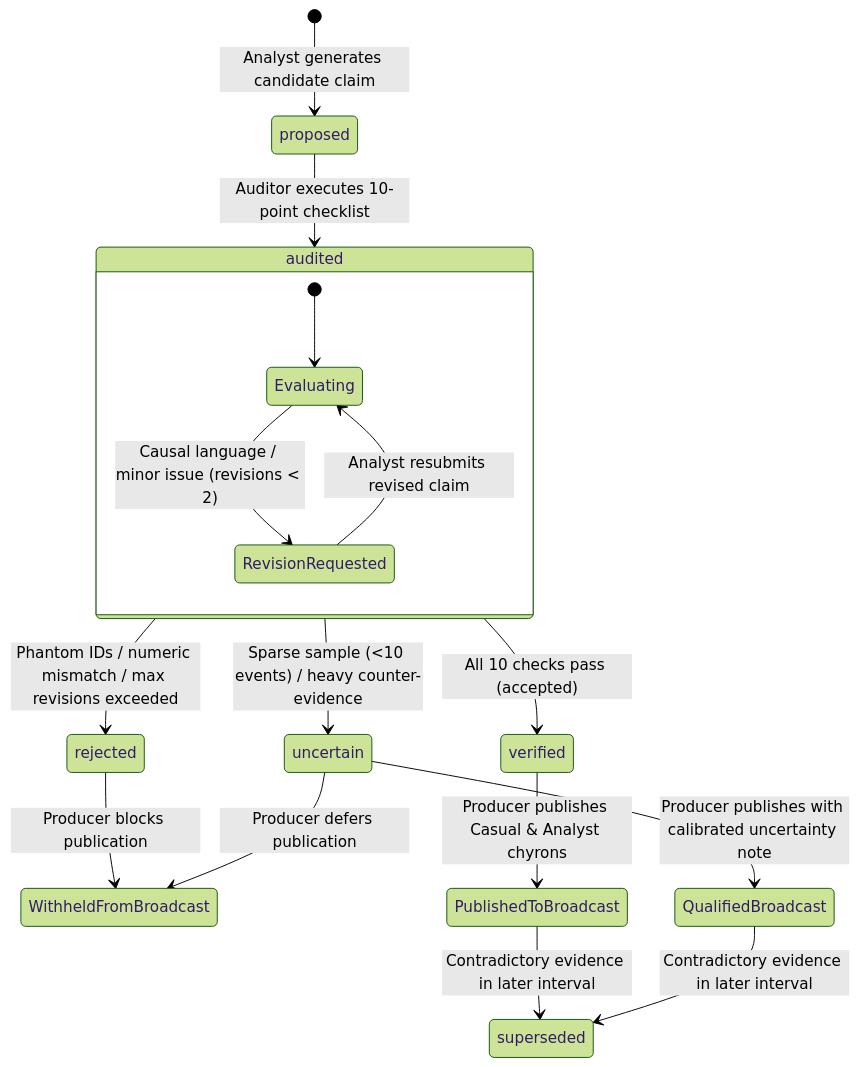
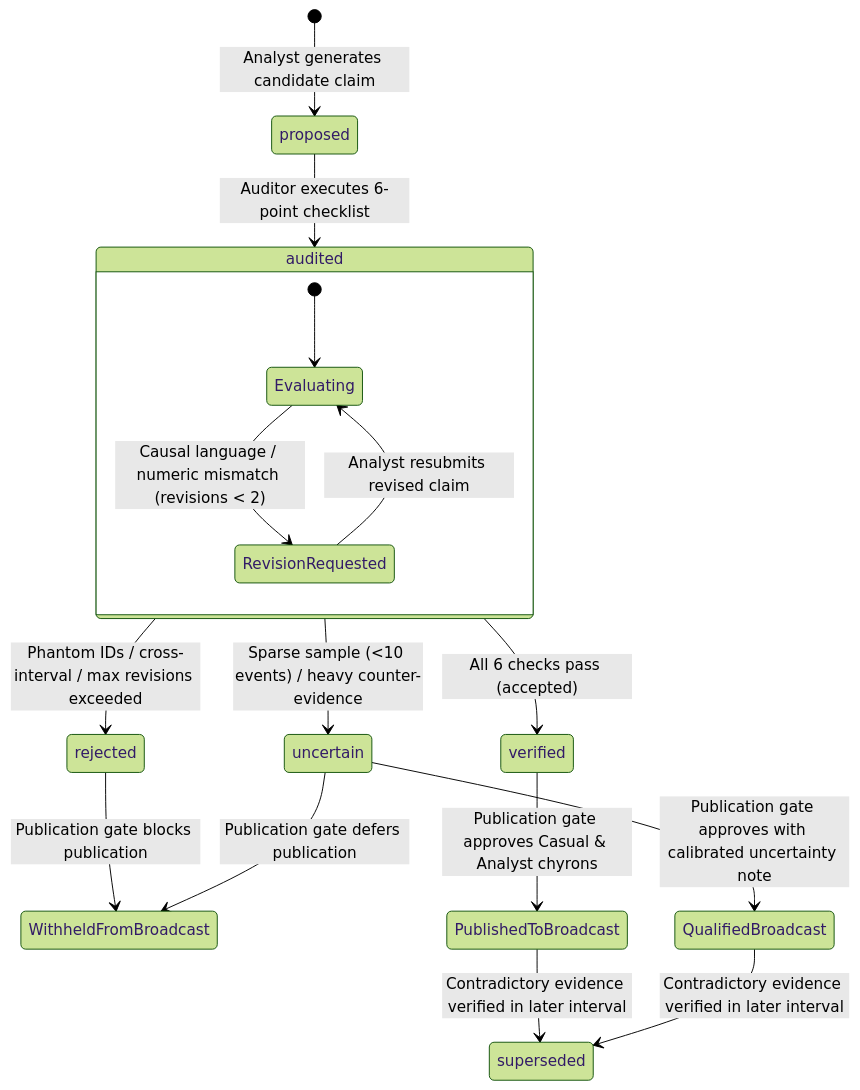
Before and after one commit to red-coder-27/proofline-fc: the second of 2 diagrams in README.md, drawn with Mermaid (forest theme). The commit also changed other lines of this file and 33 other files, not shown here.

````diff
--- a/README.md
+++ b/README.md
@@ -145,23 +145,23 @@
 ```mermaid
 stateDiagram-v2
     [*] --> proposed: Analyst generates candidate claim
-    proposed --> audited: Auditor executes 10-point checklist
+    proposed --> audited: Auditor executes 6-point checklist
 
     state audited {
         [*] --> Evaluating
-        Evaluating --> RevisionRequested: Causal language / minor issue (revisions < 2)
+        Evaluating --> RevisionRequested: Causal language / numeric mismatch (revisions < 2)
         RevisionRequested --> Evaluating: Analyst resubmits revised claim
     }
 
-    audited --> rejected: Phantom IDs / numeric mismatch / max revisions exceeded
+    audited --> rejected: Phantom IDs / cross-interval / max revisions exceeded
     audited --> uncertain: Sparse sample (<10 events) / heavy counter-evidence
-    audited --> verified: All 10 checks pass (accepted)
+    audited --> verified: All 6 checks pass (accepted)
 
-    rejected --> WithheldFromBroadcast: Producer blocks publication
-    uncertain --> QualifiedBroadcast: Producer publishes with calibrated uncertainty note
-    uncertain --> WithheldFromBroadcast: Producer defers publication
-    verified --> PublishedToBroadcast: Producer publishes Casual & Analyst chyrons
+    rejected --> WithheldFromBroadcast: Publication gate blocks publication
+    uncertain --> QualifiedBroadcast: Publication gate approves with calibrated uncertainty note
+    uncertain --> WithheldFromBroadcast: Publication gate defers publication
+    verified --> PublishedToBroadcast: Publication gate approves Casual & Analyst chyrons
 
-    PublishedToBroadcast --> superseded: Contradictory evidence in later interval
-    QualifiedBroadcast --> superseded: Contradictory evidence in later interval
+    PublishedToBroadcast --> superseded: Contradictory evidence verified in later interval
+    QualifiedBroadcast --> superseded: Contradictory evidence verified in later interval
 ```
````
